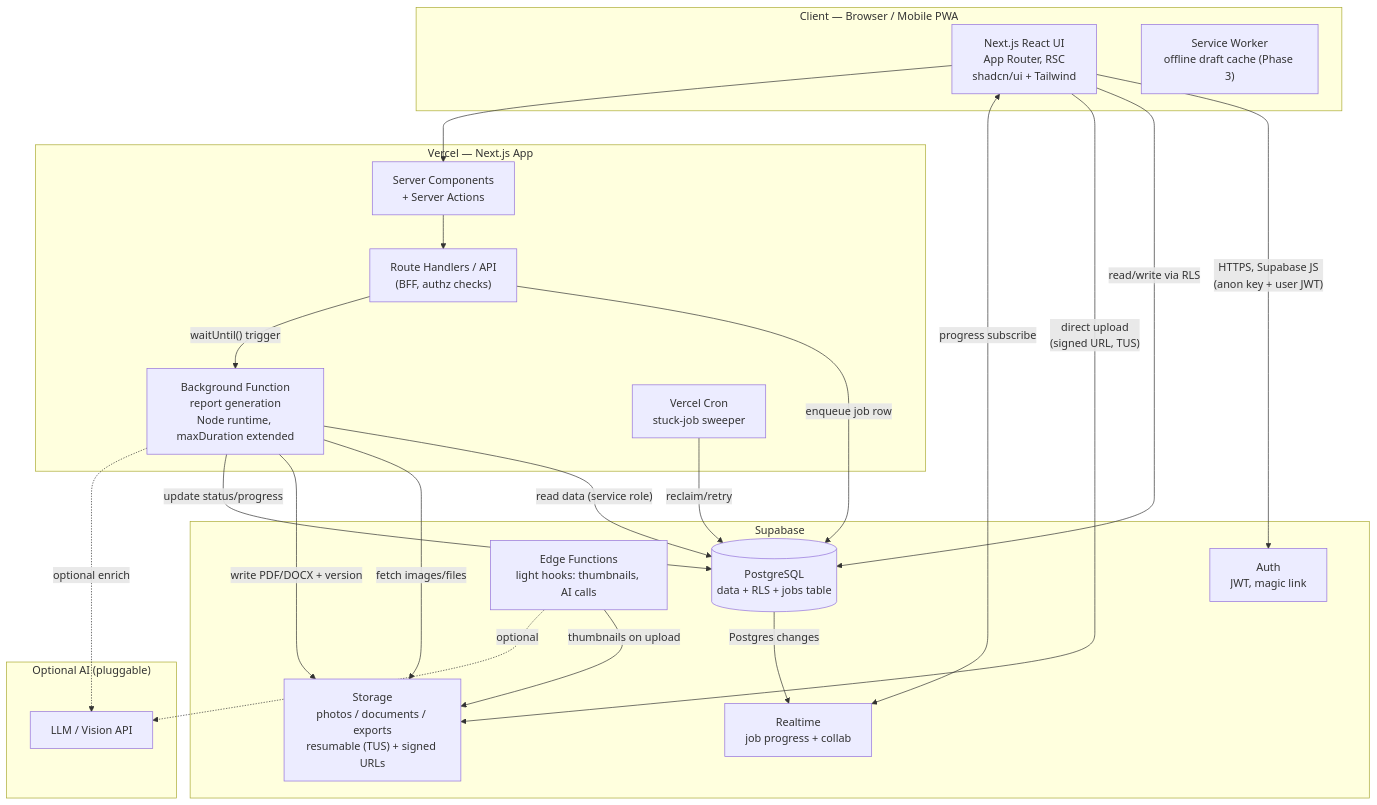
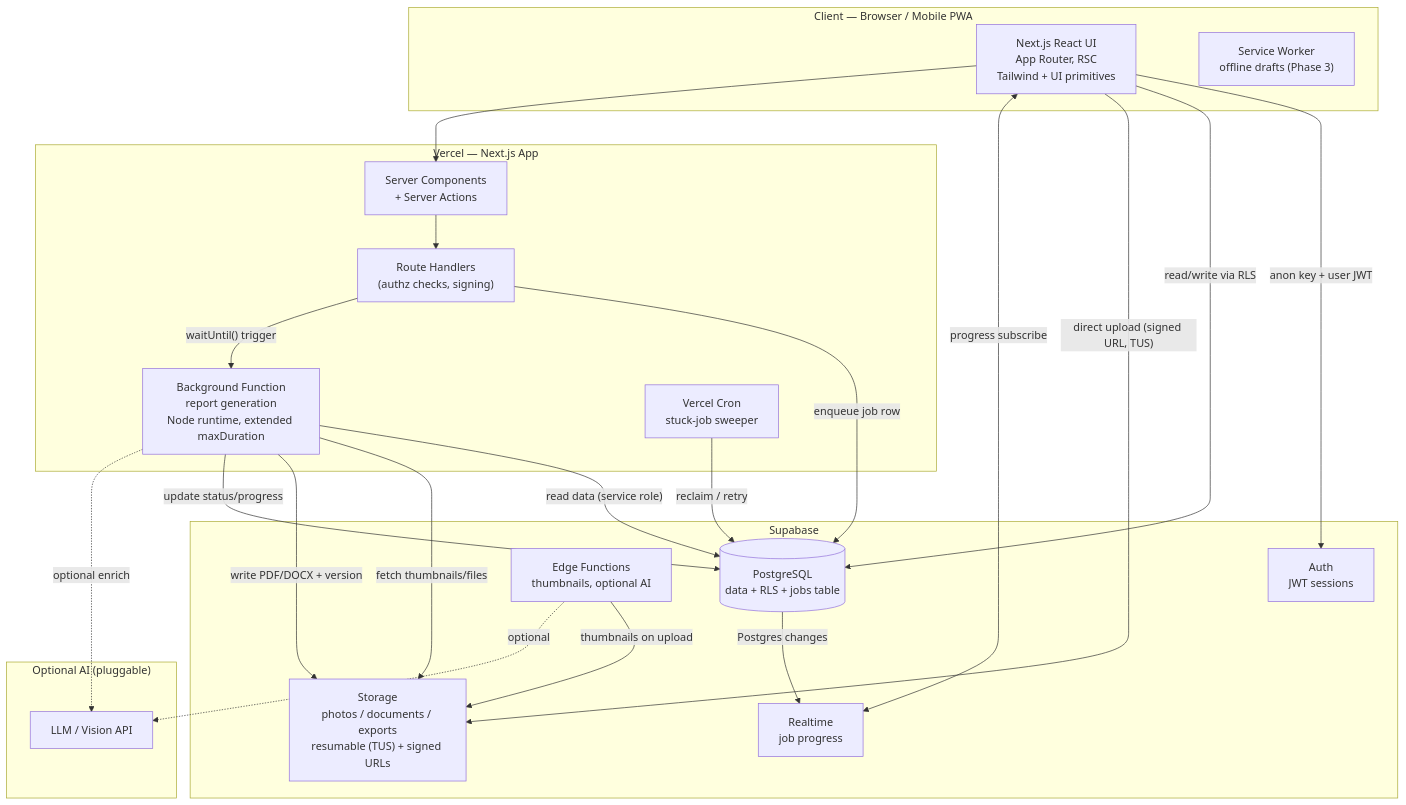
Before and after one commit to Shafiq-22/ReportGenerator: the first of 4 diagrams in REPORT_GENERATOR_PLAN.md, drawn with Mermaid. The commit also changed other lines of this file and 81 other files, not shown here.

First line of the commit message:
Build Report Generator app: schema, daily entry, and async PDF reports

````diff
--- a/REPORT_GENERATOR_PLAN.md
+++ b/REPORT_GENERATOR_PLAN.md
@@ -92,44 +95,44 @@
 ```mermaid
 flowchart TB
     subgraph Client["Client — Browser / Mobile PWA"]
-        UI["Next.js React UI<br/>App Router, RSC<br/>shadcn/ui + Tailwind"]
-        SW["Service Worker<br/>offline draft cache (Phase 3)"]
+        UI["Next.js React UI<br/>App Router, RSC<br/>Tailwind + UI primitives"]
+        SW["Service Worker<br/>offline drafts (Phase 3)"]
     end
 
     subgraph Vercel["Vercel — Next.js App"]
         RSC["Server Components<br/>+ Server Actions"]
-        API["Route Handlers / API<br/>(BFF, authz checks)"]
-        WORKER["Background Function<br/>report generation<br/>Node runtime, maxDuration extended"]
+        API["Route Handlers<br/>(authz checks, signing)"]
+        WORKER["Background Function<br/>report generation<br/>Node runtime, extended maxDuration"]
         CRON["Vercel Cron<br/>stuck-job sweeper"]
     end
 
     subgraph Supabase["Supabase"]
-        AUTH["Auth<br/>JWT, magic link"]
+        AUTH["Auth<br/>JWT sessions"]
         PG[("PostgreSQL<br/>data + RLS + jobs table")]
         STG["Storage<br/>photos / documents / exports<br/>resumable (TUS) + signed URLs"]
-        RT["Realtime<br/>job progress + collab"]
-        EDGE["Edge Functions<br/>light hooks: thumbnails, AI calls"]
+        RT["Realtime<br/>job progress"]
+        EDGE["Edge Functions<br/>thumbnails, optional AI"]
     end
 
     subgraph AI["Optional AI (pluggable)"]
         LLM["LLM / Vision API"]
     end
 
-    UI -->|"HTTPS, Supabase JS<br/>(anon key + user JWT)"| AUTH
+    UI -->|"anon key + user JWT"| AUTH
     UI -->|read/write via RLS| PG
-    UI -->|"direct upload<br/>(signed URL, TUS)"| STG
+    UI -->|"direct upload (signed URL, TUS)"| STG
     UI <-->|"progress subscribe"| RT
     UI --> RSC
     RSC --> API
     API -->|"enqueue job row"| PG
     API -->|"waitUntil() trigger"| WORKER
-    CRON -->|"reclaim/retry"| PG
+    CRON -->|"reclaim / retry"| PG
     WORKER -->|"read data (service role)"| PG
-    WORKER -->|"fetch images/files"| STG
+    WORKER -->|"fetch thumbnails/files"| STG
     WORKER -->|"write PDF/DOCX + version"| STG
     WORKER -->|"update status/progress"| PG
     PG -->|"Postgres changes"| RT
     EDGE -->|"thumbnails on upload"| STG
     EDGE -.->|"optional"| LLM
     WORKER -.->|"optional enrich"| LLM
 ```
````
